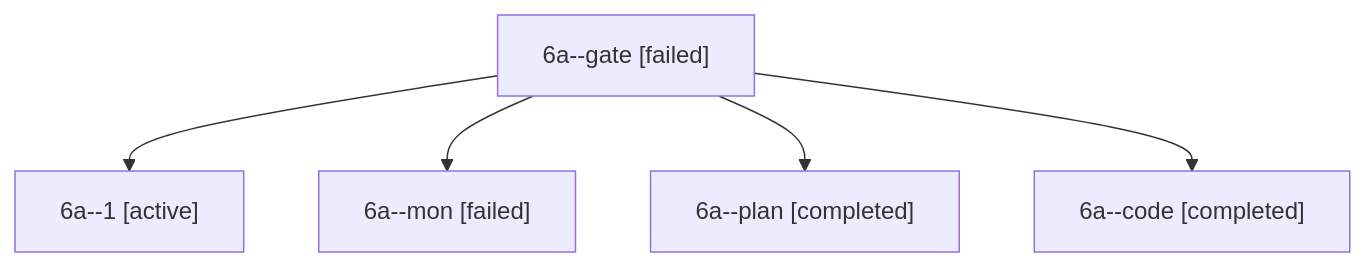
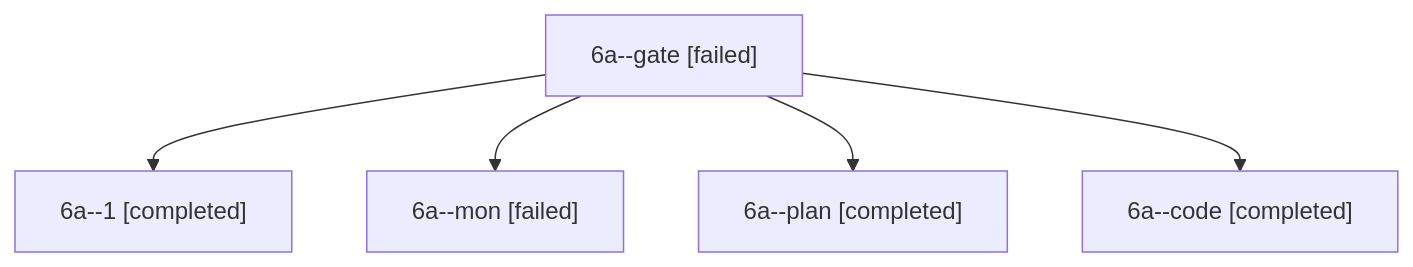
Before and after one commit to bobs-org/bob-cli--agents: the diagram in sessions/bbugyi200.apollo.6a.md, drawn with Mermaid. The commit also changed other lines of this file and 90 other files, not shown here.

````diff
--- a/sessions/bbugyi200.apollo.6a.md
+++ b/sessions/bbugyi200.apollo.6a.md
@@ -9,12 +9,12 @@
 ```mermaid
 flowchart TD
   n0["6a--gate [failed]"]
-  n1["6a--1 [active]"]
+  n1["6a--1 [completed]"]
   n0 --> n1
   n2["6a--mon [failed]"]
   n0 --> n2
   n3["6a--plan [completed]"]
   n0 --> n3
   n4["6a--code [completed]"]
   n0 --> n4
 ```
````
